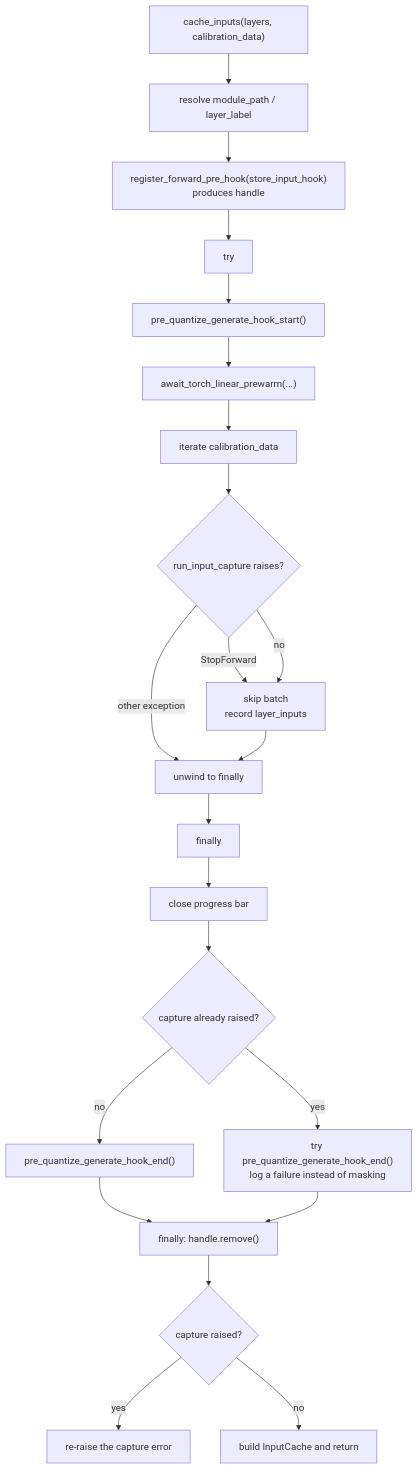
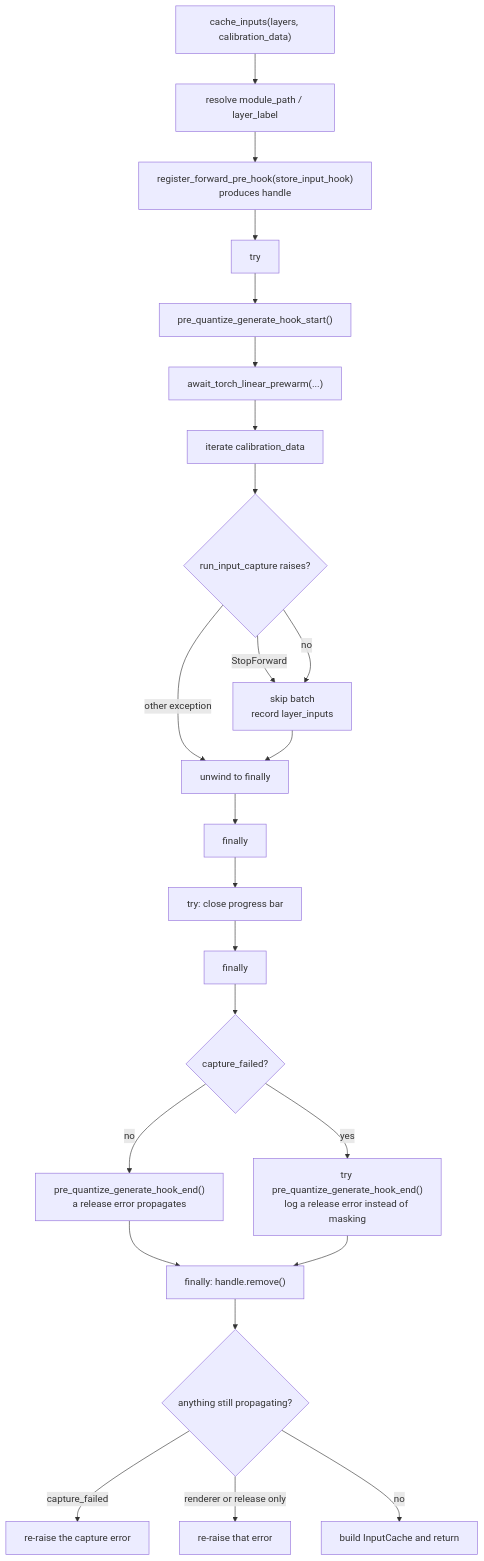
One commit to ModelCloud/GPTQModel changed the diagram in docs/input-capture-cleanup-lifecycle.md. Above: the diagram before and after it, drawn with Mermaid.

Commit message:
docs: sync the capture cleanup diagram with the nested progress-bar guard
The committed flow drew `close progress bar` as a plain step feeding the
cleanup decision, which no longer matches the shipped code: the close is now
nested in its own `try`/`finally` so a raising renderer still reaches
`pre_quantize_generate_hook_end()` and `handle.remove()`.

Also state the third cleanup state (renderer failure) in the failure table and
name `capture_failed` in the decision node instead of the vaguer "capture
already raised".

````diff
--- a/docs/input-capture-cleanup-lifecycle.md
+++ b/docs/input-capture-cleanup-lifecycle.md
@@ -34,24 +34,26 @@
 ```mermaid
 flowchart TD
     A["cache_inputs(layers, calibration_data)"] --> B["resolve module_path / layer_label"]
     B --> C["register_forward_pre_hook(store_input_hook)<br/>produces handle"]
     C --> D["try"]
     D --> E["pre_quantize_generate_hook_start()"]
     E --> F["await_torch_linear_prewarm(...)"]
     F --> G["iterate calibration_data"]
     G --> H{"run_input_capture raises?"}
     H -- "StopForward" --> I["skip batch<br/>record layer_inputs"]
     H -- "other exception" --> J["unwind to finally"]
     H -- "no" --> I
     I --> J
     J --> K["finally"]
-    K --> L["close progress bar"]
-    L --> M{"capture already raised?"}
-    M -- "no" --> N["pre_quantize_generate_hook_end()"]
-    M -- "yes" --> O["try pre_quantize_generate_hook_end()<br/>log a failure instead of masking"]
-    N --> P["finally: handle.remove()"]
-    O --> P
-    P --> Q{"capture raised?"}
-    Q -- "yes" --> R["re-raise the capture error"]
-    Q -- "no" --> S["build InputCache and return"]
+    K --> L["try: close progress bar"]
+    L --> M["finally"]
+    M --> N{"capture_failed?"}
+    N -- "no" --> O["pre_quantize_generate_hook_end()<br/>a release error propagates"]
+    N -- "yes" --> P["try pre_quantize_generate_hook_end()<br/>log a release error instead of masking"]
+    O --> Q["finally: handle.remove()"]
+    P --> Q
+    Q --> R{"anything still propagating?"}
+    R -- "capture_failed" --> S["re-raise the capture error"]
+    R -- "renderer or release only" --> T["re-raise that error"]
+    R -- "no" --> U["build InputCache and return"]
 ```
````
